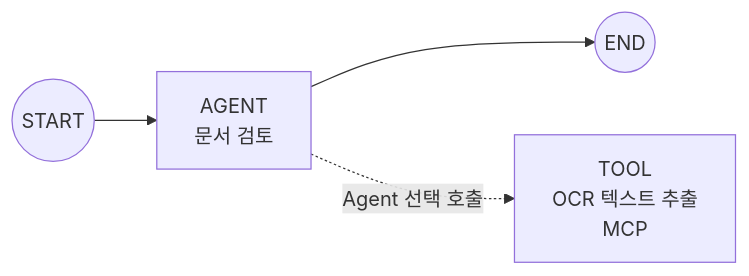
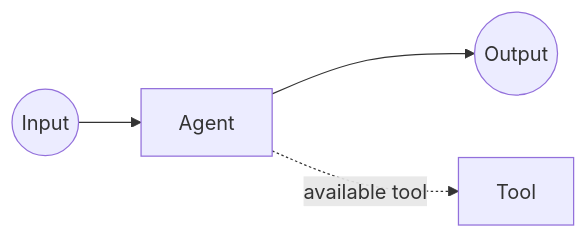
The second of 3 diagrams in docs/workbench/graph-ir.md (gttmr/Agent-Factory), drawn with Mermaid before and after one commit. The commit also changed other lines of this file and 611 other files, not shown here.

````diff
--- a/docs/workbench/graph-ir.md
+++ b/docs/workbench/graph-ir.md
@@ -117,10 +122,5 @@
 ```mermaid
 flowchart LR
-    S((START))
-    A["AGENT<br/>문서 검토"]
-    E((END))
-    T["TOOL<br/>OCR 텍스트 추출<br/>MCP"]
-
-    S --> A --> E
-    A -. "Agent 선택 호출" .-> T
+    I((Input)) --> A[Agent] --> O((Output))
+    A -. available tool .-> T[Tool]
 ```
````
